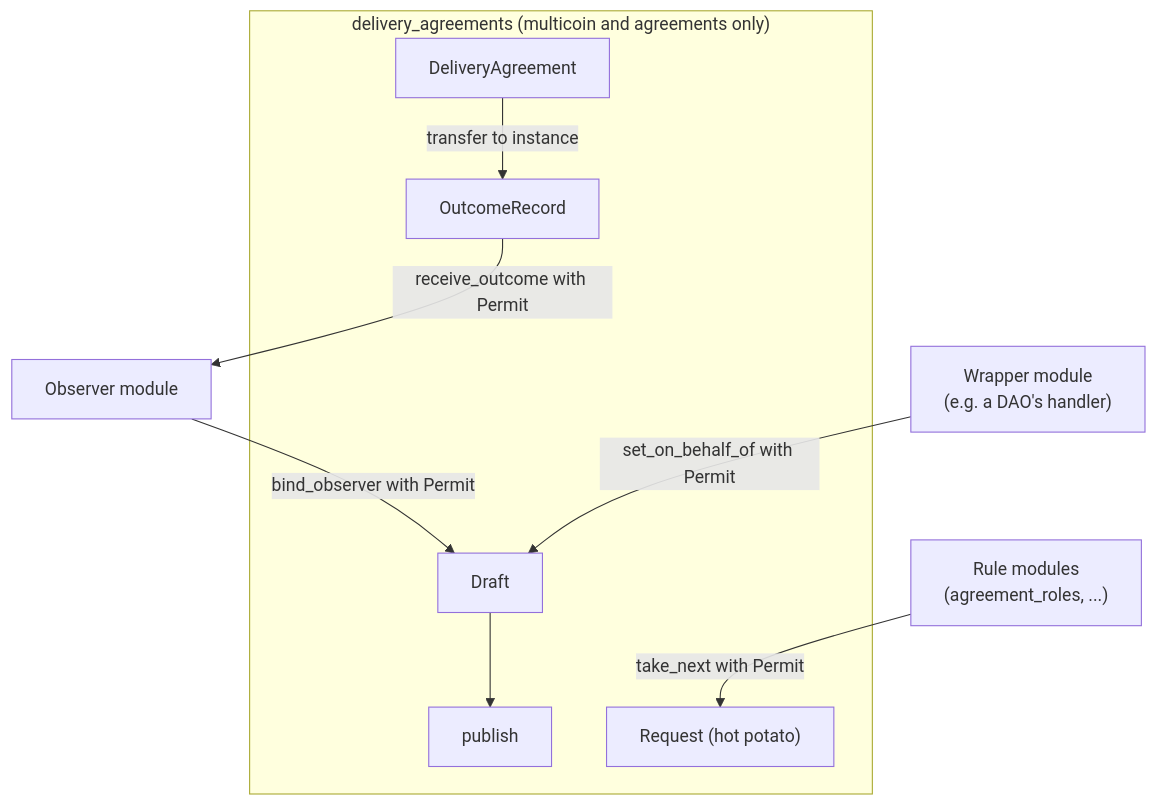
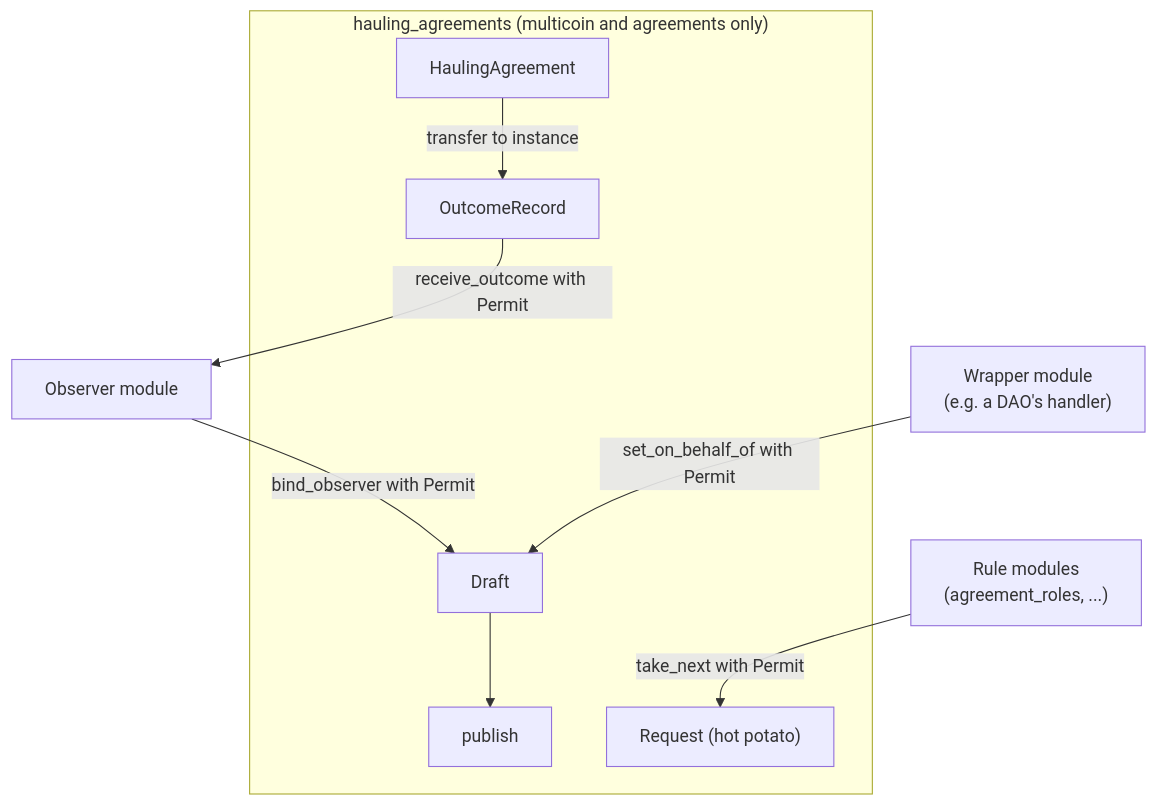
The second of 2 diagrams in docs/agreements/design.md (Algorithmic-Warfare/armature-vault), drawn with Mermaid before and after one commit. The commit also changed other lines of this file and 31 other files, not shown here.

First line of the commit message:
refactor(agreements): rename delivery agreements to hauling agreements

````diff
--- a/docs/agreements/design.md
+++ b/docs/agreements/design.md
@@ -108,14 +108,14 @@
 ```mermaid
 flowchart TB
-    subgraph core["delivery_agreements (multicoin and agreements only)"]
+    subgraph core["hauling_agreements (multicoin and agreements only)"]
         DR["Draft"] --> PUB["publish"]
-        AG["DeliveryAgreement"]
+        AG["HaulingAgreement"]
         REQ["Request (hot potato)"]
         REC["OutcomeRecord"]
     end
     RULES["Rule modules<br>(agreement_roles, ...)"] -- "take_next with Permit" --> REQ
     OBS["Observer module"] -- "bind_observer with Permit" --> DR
     WRAP["Wrapper module<br>(e.g. a DAO's handler)"] -- "set_on_behalf_of with Permit" --> DR
     AG -- "transfer to instance" --> REC
     REC -- "receive_outcome with Permit" --> OBS
 ```
````
